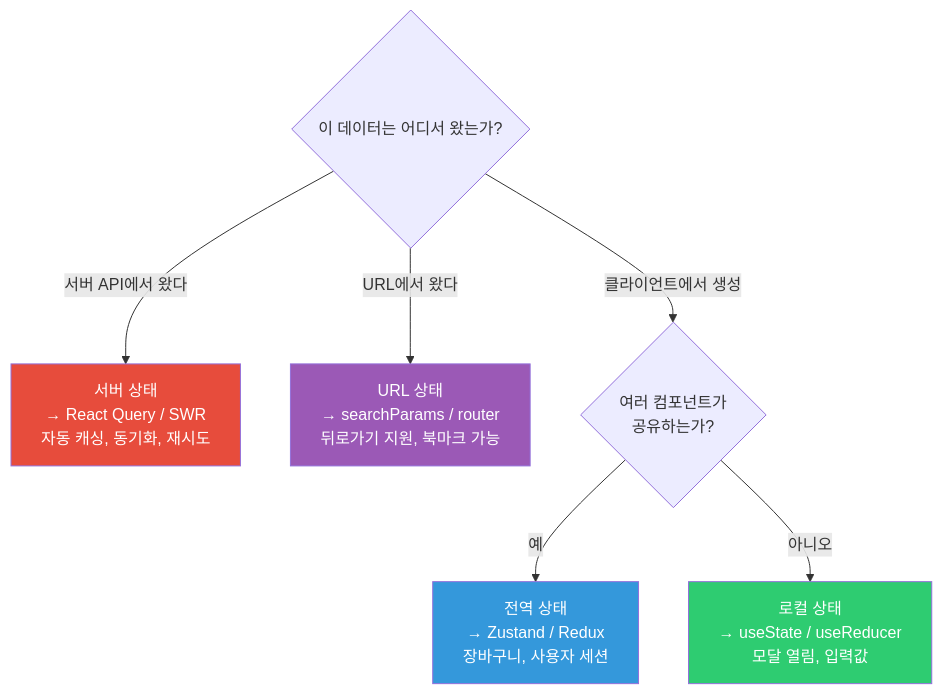
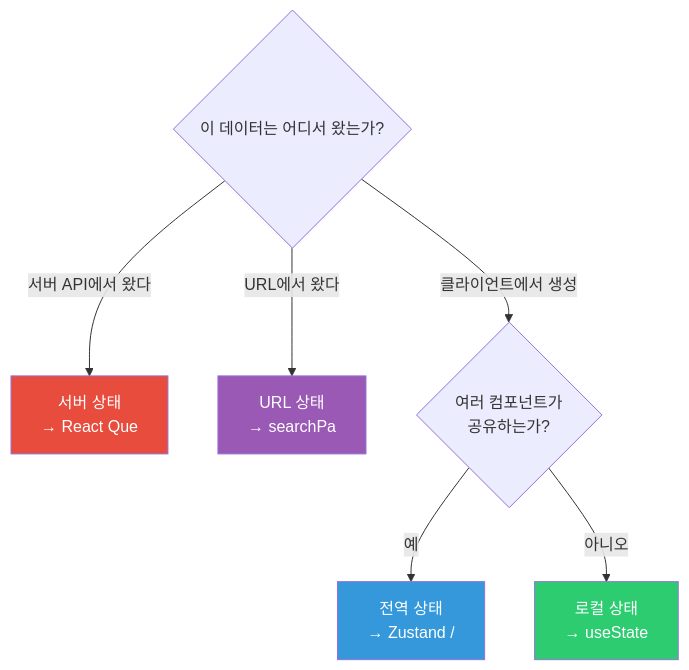
Before and after one commit to yjkim2015/yjkim2015.github.io: the fifth of 8 diagrams in _posts/frontend/2026-05-01-frontend-architecture.md, drawn with Mermaid. The commit also changed other lines of this file and 271 other files, not shown here.

First line of the commit message:
Mermaid 라벨 축소: 긴 노드 텍스트 18자 이하로 트림 + \n 제거

````diff
--- a/_posts/frontend/2026-05-01-frontend-architecture.md
+++ b/_posts/frontend/2026-05-01-frontend-architecture.md
@@ -303,13 +303,13 @@
 ```mermaid
 flowchart TD
     Q1{"이 데이터는 어디서 왔는가?"}
-    Q1 -->|"서버 API에서 왔다"| SERVER["서버 상태\n→ React Query / SWR\n자동 캐싱, 동기화, 재시도"]
-    Q1 -->|"URL에서 왔다"| URL["URL 상태\n→ searchParams / router\n뒤로가기 지원, 북마크 가능"]
+    Q1 -->|"서버 API에서 왔다"| SERVER["서버 상태\n→ React Que"]
+    Q1 -->|"URL에서 왔다"| URL["URL 상태\n→ searchPa"]
     Q1 -->|"클라이언트에서 생성"| Q2{"여러 컴포넌트가\n공유하는가?"}
-    Q2 -->|"예"| GLOBAL["전역 상태\n→ Zustand / Redux\n장바구니, 사용자 세션"]
-    Q2 -->|"아니오"| LOCAL["로컬 상태\n→ useState / useReducer\n모달 열림, 입력값"]
+    Q2 -->|"예"| GLOBAL["전역 상태\n→ Zustand /"]
+    Q2 -->|"아니오"| LOCAL["로컬 상태\n→ useState"]
     style SERVER fill:#e74c3c,color:#fff
     style URL fill:#9b59b6,color:#fff
     style GLOBAL fill:#3498db,color:#fff
     style LOCAL fill:#2ecc71,color:#fff
 ```
````
